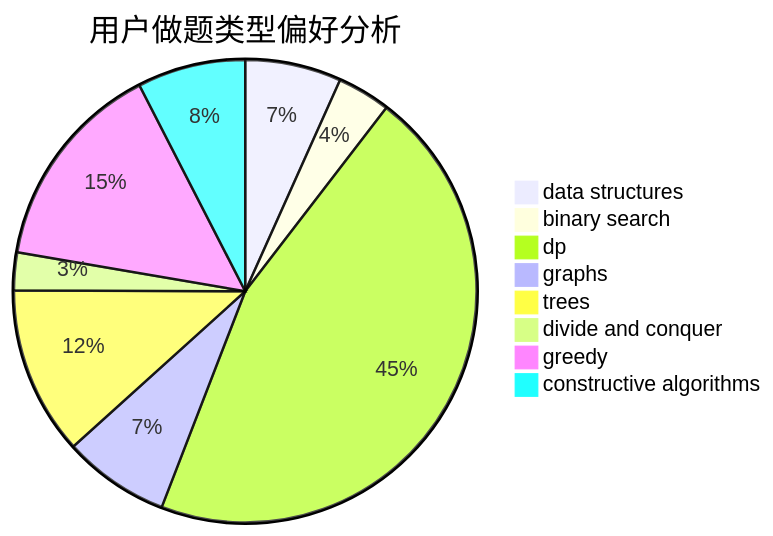
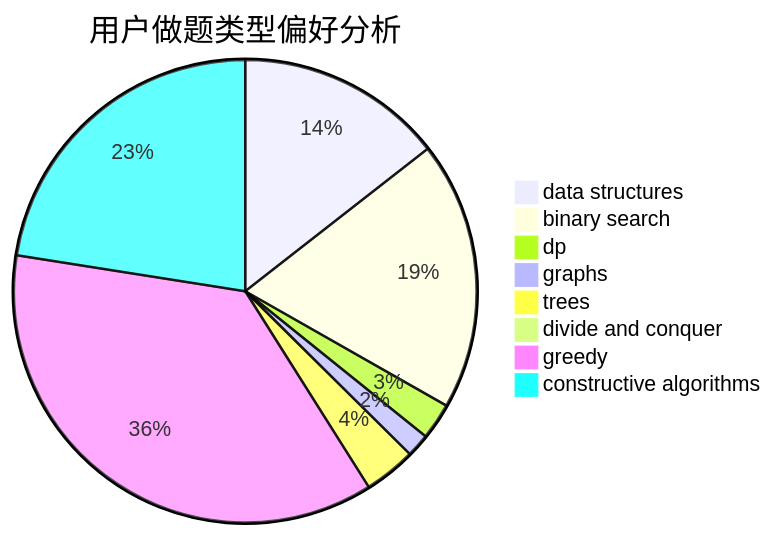
The second of 3 diagrams in docs/user/u756.md (sherpahu/cfrs.github.io), drawn with Mermaid before and after one commit. The commit also changed other lines of this file and 2770 other files, not shown here.

````diff
--- a/docs/user/u756.md
+++ b/docs/user/u756.md
@@ -23,11 +23,11 @@
 ```mermaid
 pie title 用户做题类型偏好分析
-    "data structures" :  56
-    "binary search" :  31
-    "dp" :  379
-    "graphs" :  62
-    "trees" :  98
-    "divide and conquer" :  22
-    "greedy" :  123
-    "constructive algorithms" :  63
+    "data structures" :  283
+    "binary search" :  368
+    "dp" :  50
+    "graphs" :  32
+    "trees" :  71
+    "divide and conquer" :  0
+    "greedy" :  714
+    "constructive algorithms" :  441
 ```
````
